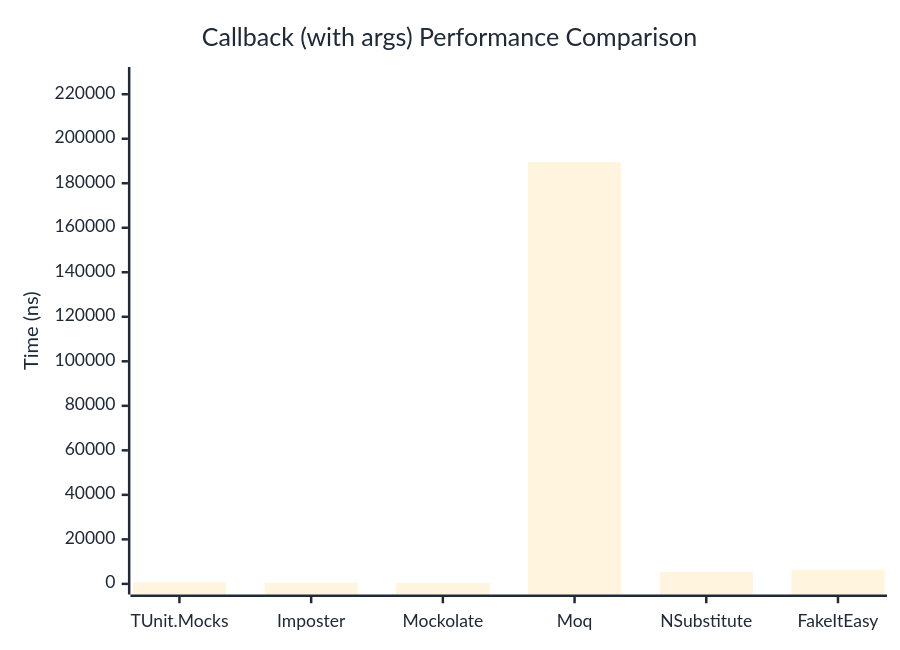
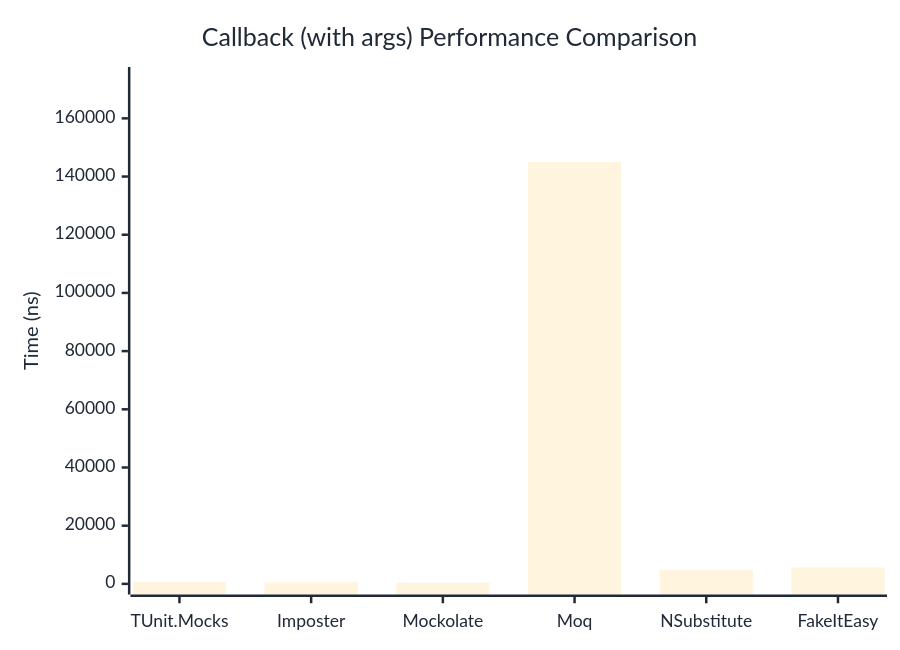
Before and after one commit to thomhurst/TUnit: the second of 2 diagrams in docs/docs/benchmarks/mocks/Callback.md, drawn with Mermaid. The commit also changed other lines of this file and 14 other files, not shown here.

````diff
--- a/docs/docs/benchmarks/mocks/Callback.md
+++ b/docs/docs/benchmarks/mocks/Callback.md
@@ -69,27 +69,27 @@
 ```mermaid
 %%{init: {
   'theme':'base',
   'themeVariables': {
     'primaryColor': '#2563eb',
     'primaryTextColor': '#1f2937',
     'primaryBorderColor': '#1e40af',
     'lineColor': '#6b7280',
     'secondaryColor': '#7c3aed',
     'tertiaryColor': '#dc2626',
     'background': '#ffffff',
     'pie1': '#2563eb',
     'pie2': '#7c3aed',
     'pie3': '#dc2626',
     'pie4': '#f59e0b',
     'pie5': '#10b981',
     'pie6': '#06b6d4',
     'pie7': '#ec4899',
     'pie8': '#6366f1'
   }
 }}%%
 xychart-beta
   title "Callback (with args) Performance Comparison"
   x-axis ["TUnit.Mocks", "Imposter", "Mockolate", "Moq", "NSubstitute", "FakeItEasy"]
-  y-axis "Time (ns)" 0 --> 227456
-  bar [680.1, 500.7, 394.5, 189546.4, 5286.4, 6377.7]
+  y-axis "Time (ns)" 0 --> 173997
+  bar [687.5, 537.4, 390.8, 144997.3, 4818.4, 5612]
 ```
````
